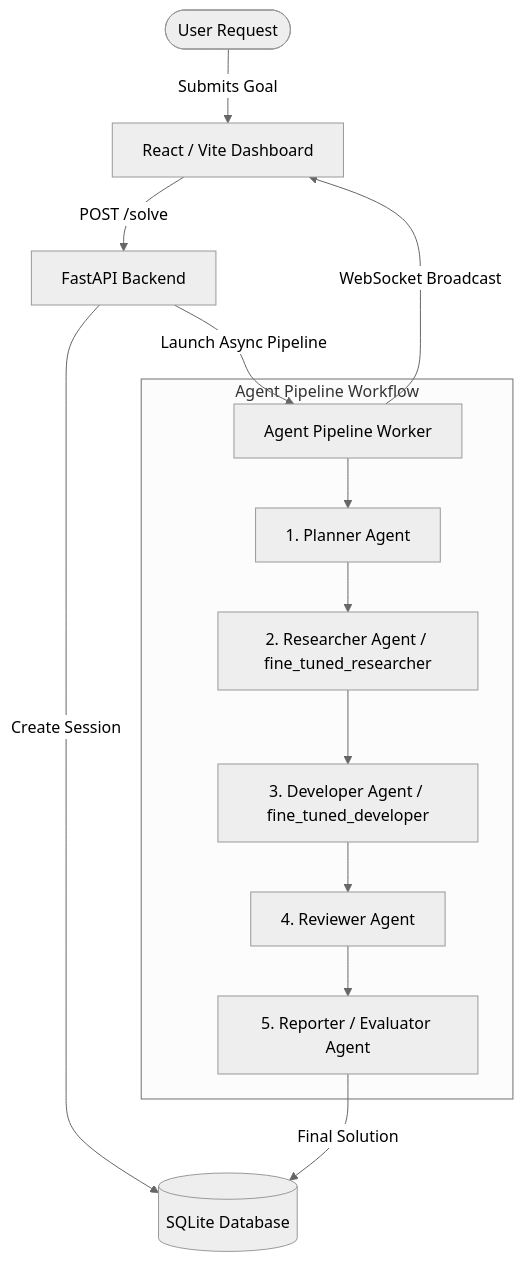
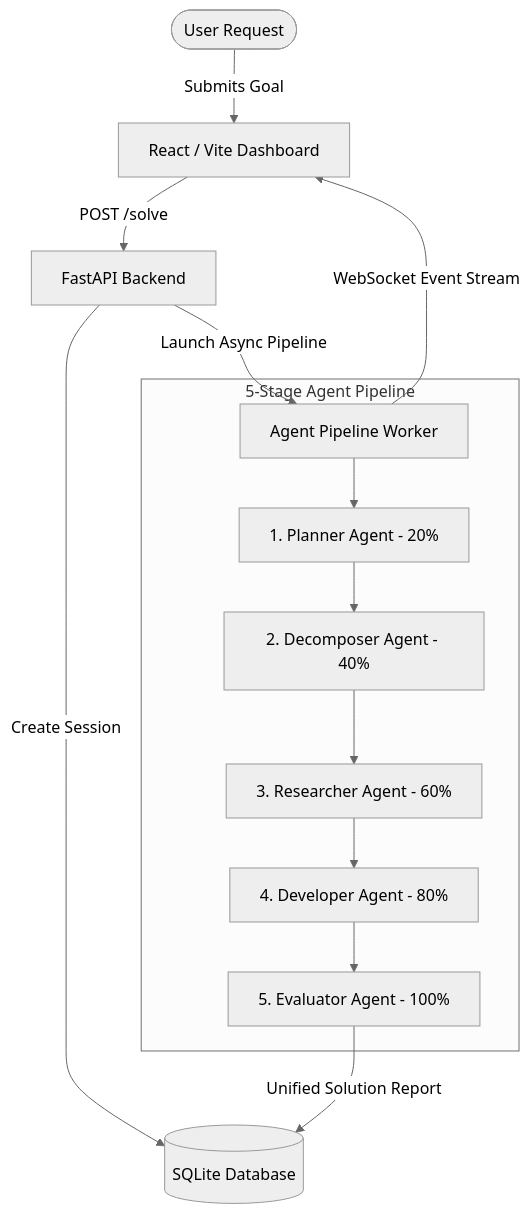
The diagram in README.md (TheSnowLord/2026_SyntaxError), drawn with Mermaid (neutral theme) before and after one commit. The commit also changed other lines of this file, not shown here.

Commit message:
Update root README.md with complete 5-agent suite, local Ollama deployment, fine-tuning scripts, and API docs

````diff
--- a/README.md
+++ b/README.md
@@ -32,18 +33,18 @@
 ```mermaid
 graph TD
     User([User Request]) -->|Submits Goal| Frontend[React / Vite Dashboard]
     Frontend -->|POST /solve| API[FastAPI Backend]
     API -->|Create Session| DB[(SQLite Database)]
     API -->|Launch Async Pipeline| Pipeline[Agent Pipeline Worker]
     
-    subgraph Agent Pipeline Workflow
-        Pipeline --> Planner[1. Planner Agent]
-        Planner --> Researcher[2. Researcher Agent / fine_tuned_researcher]
-        Researcher --> Developer[3. Developer Agent / fine_tuned_developer]
-        Developer --> Reviewer[4. Reviewer Agent]
-        Reviewer --> Reporter[5. Reporter / Evaluator Agent]
+    subgraph 5-Stage Agent Pipeline
+        Pipeline --> Planner[1. Planner Agent - 20%]
+        Planner --> Decomposer[2. Decomposer Agent - 40%]
+        Decomposer --> Researcher[3. Researcher Agent - 60%]
+        Researcher --> Developer[4. Developer Agent - 80%]
+        Developer --> Evaluator[5. Evaluator Agent - 100%]
     end
     
-    Pipeline -->|WebSocket Broadcast| Frontend
-    Reporter -->|Final Solution| DB
+    Pipeline -->|WebSocket Event Stream| Frontend
+    Evaluator -->|Unified Solution Report| DB
 ```
````
